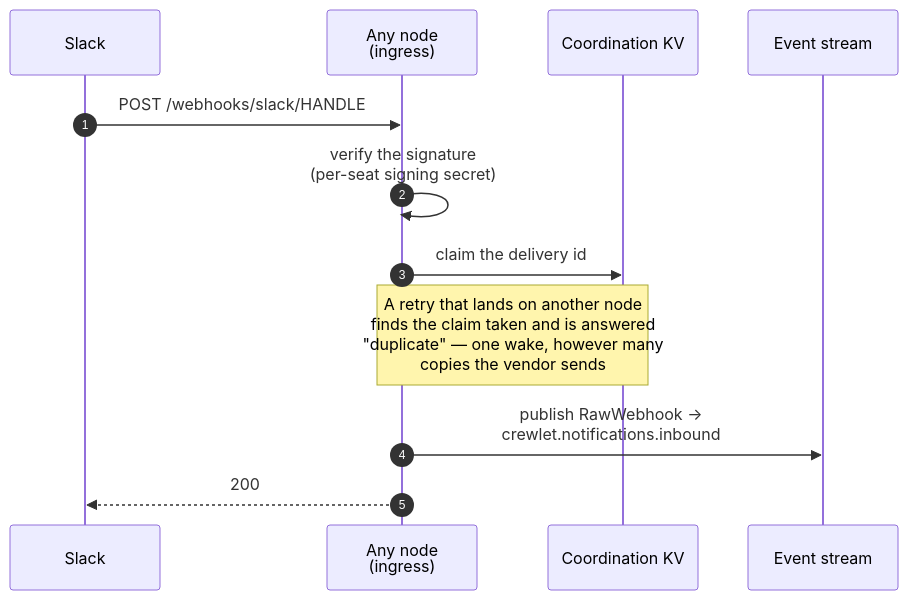
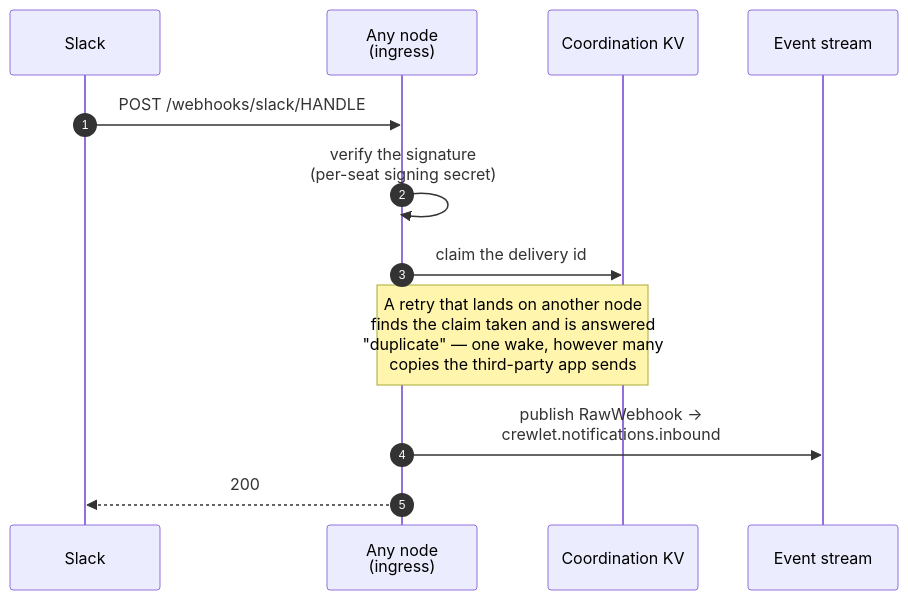
The fifth of 10 diagrams in docs/concepts/architecture.md (crewlet/crewlet), drawn with Mermaid before and after one commit. The commit also changed other lines of this file and 280 other files, not shown here.

First line of the commit message:
docs: call a third-party app a third-party app, and order the list by name

````diff
--- a/docs/concepts/architecture.md
+++ b/docs/concepts/architecture.md
@@ -280,15 +280,15 @@
 ```mermaid
 sequenceDiagram
     autonumber
     participant V as Slack
     participant I as Any node<br/>(ingress)
     participant KV as Coordination KV
     participant S as Event stream
 
     V->>I: POST /webhooks/slack/HANDLE
     I->>I: verify the signature<br/>(per-seat signing secret)
     I->>KV: claim the delivery id
-    Note over I,KV: A retry that lands on another node<br/>finds the claim taken and is answered<br/>"duplicate" — one wake, however many<br/>copies the vendor sends
+    Note over I,KV: A retry that lands on another node<br/>finds the claim taken and is answered<br/>"duplicate" — one wake, however many<br/>copies the third-party app sends
     I->>S: publish RawWebhook →<br/>crewlet.notifications.inbound
     I-->>V: 200
 ```
````
